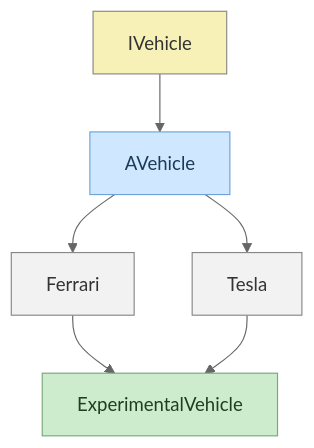
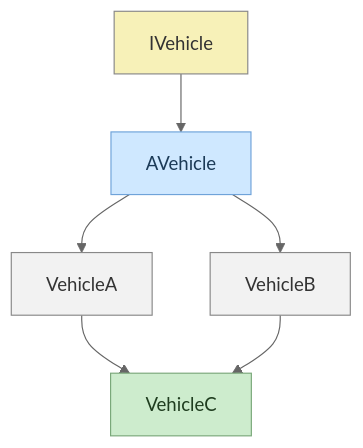
One commit to pierrealbanl/my-doc changed the diagram in docs/advanced-programming-languages/cpp/concepts-avances-poo.md. Above: the diagram before and after it, drawn with Mermaid (neutral theme). The commit also changed other lines of this file and 5 other files, not shown here.

````diff
--- a/docs/advanced-programming-languages/cpp/concepts-avances-poo.md
+++ b/docs/advanced-programming-languages/cpp/concepts-avances-poo.md
@@ -388,21 +387,21 @@
 ```mermaid
 flowchart TD
 
     IVehicle[IVehicle]
     AVehicle[AVehicle]
-    Ferrari[Ferrari]
-    Tesla[Tesla]
-    ExperimentalVehicle[ExperimentalVehicle]
+    VehicleA[VehicleA]
+    VehicleB[VehicleB]
+    VehicleC[VehicleC]
 
     IVehicle --> AVehicle
-    AVehicle --> Ferrari
-    AVehicle --> Tesla
-    Ferrari --> ExperimentalVehicle
-    Tesla --> ExperimentalVehicle
+    AVehicle --> VehicleA
+    AVehicle --> VehicleB
+    VehicleA --> VehicleC
+    VehicleB --> VehicleC
 
     style IVehicle fill:#F7F1B8,stroke:#888,color:#333
-    style ExperimentalVehicle fill:#CDECCD,stroke:#7AA87A,color:#1F3D1F
+    style VehicleC fill:#CDECCD,stroke:#7AA87A,color:#1F3D1F
     style AVehicle fill:#CFE8FF,stroke:#6FA3D9,color:#1B3A57
-    style Ferrari fill:#F2F2F2,stroke:#888,color:#333
-    style Tesla fill:#F2F2F2,stroke:#888,color:#333
+    style VehicleA fill:#F2F2F2,stroke:#888,color:#333
+    style VehicleB fill:#F2F2F2,stroke:#888,color:#333
 ```
````
